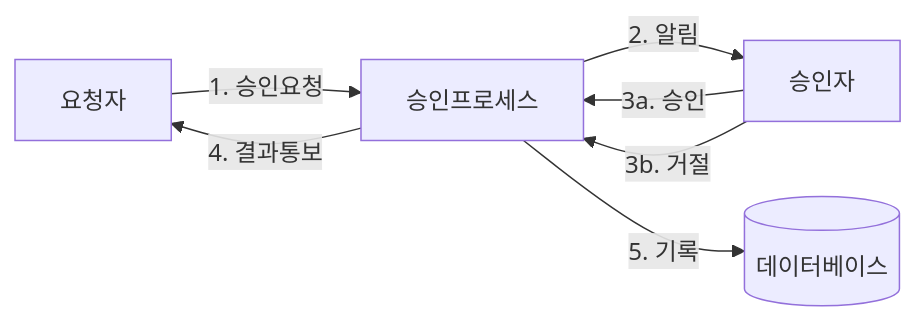
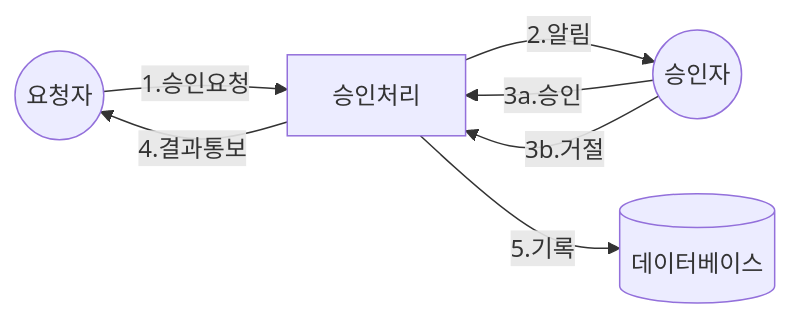
One commit to daekyung23/back-end changed the third of 4 diagrams in docs/architecture/dfd.md. Above: the diagram before and after it, drawn with Mermaid. The commit also changed other lines of this file, not shown here.

````diff
--- a/docs/architecture/dfd.md
+++ b/docs/architecture/dfd.md
@@ -26,9 +36,14 @@
 ```mermaid
 flowchart LR
-    Req[요청자] -->|1. 승인요청| Process[승인프로세스]
-    Process -->|2. 알림| Approver[승인자]
-    Approver -->|3a. 승인| Process
-    Approver -->|3b. 거절| Process
-    Process -->|4. 결과통보| Req
-    Process -->|5. 기록| DB[(데이터베이스)]
+    Req((요청자))
+    Process[승인처리]
+    Approver((승인자))
+    DB[(데이터베이스)]
+    
+    Req -->|1.승인요청| Process
+    Process -->|2.알림| Approver
+    Approver -->|3a.승인| Process
+    Approver -->|3b.거절| Process
+    Process -->|4.결과통보| Req
+    Process -->|5.기록| DB
 ```
````
